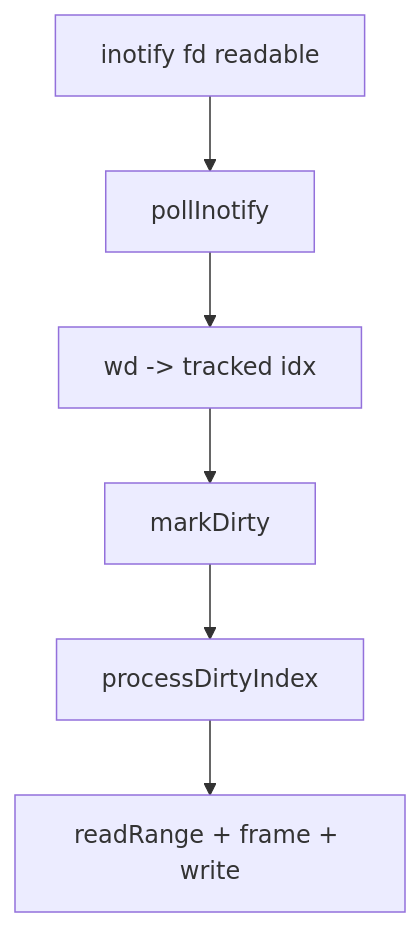
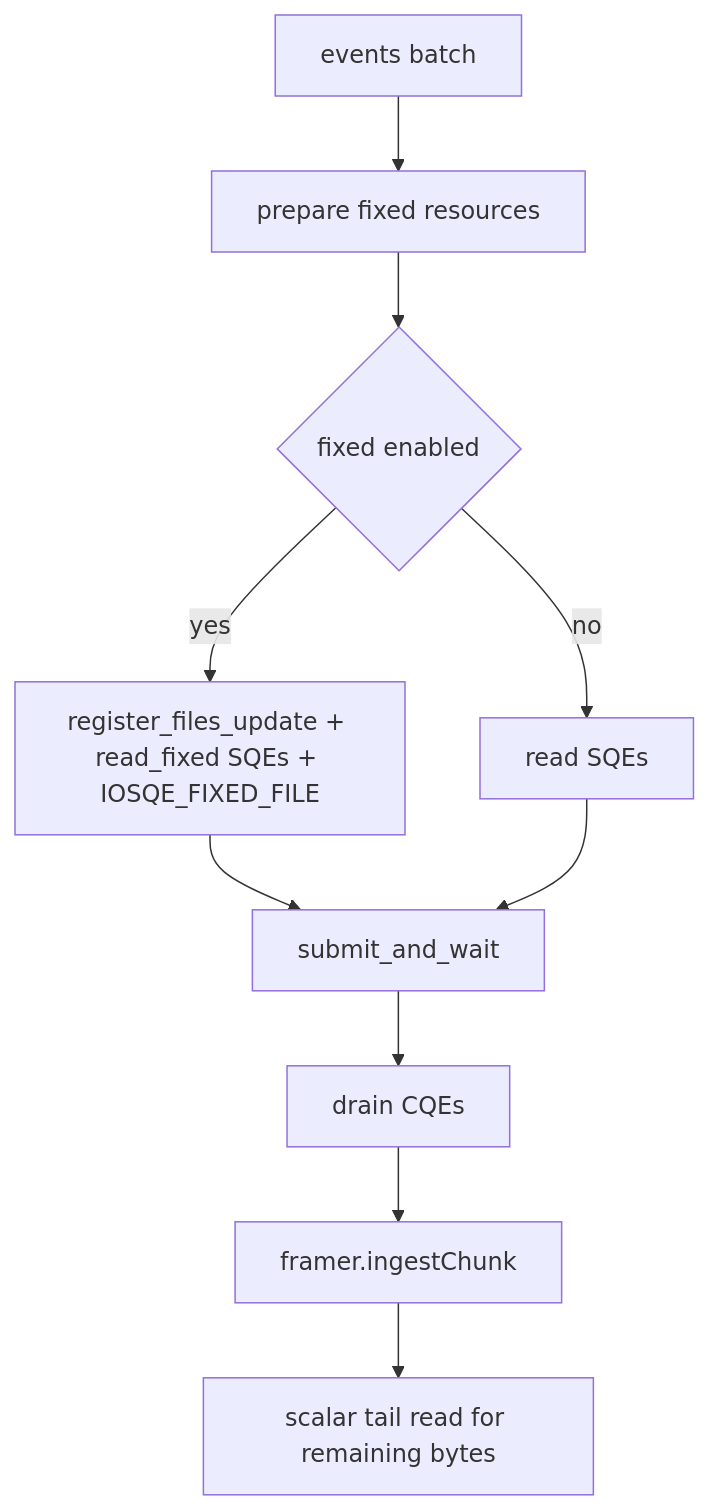
The fifth of 9 diagrams in src/tail/README.md (usetero/edge), drawn with Mermaid before and after one commit. The commit also changed other lines of this file and 19 other files, not shown here.

````diff
--- a/src/tail/README.md
+++ b/src/tail/README.md
@@ -102,8 +133,12 @@
 ```mermaid
 flowchart TD
-  A[inotify fd readable] --> B[pollInotify]
-  B --> C[wd -> tracked idx]
-  C --> D[markDirty]
-  D --> E[processDirtyIndex]
-  E --> F[readRange + frame + write]
+  A[events batch] --> B[prepare fixed resources]
+  B --> C{fixed enabled}
+  C -- yes --> D[register_files_update + read_fixed SQEs + IOSQE_FIXED_FILE]
+  C -- no --> E[read SQEs]
+  D --> F[submit_and_wait]
+  E --> F
+  F --> G[drain CQEs]
+  G --> H[framer.ingestChunk]
+  H --> I[scalar tail read for remaining bytes]
 ```
````
